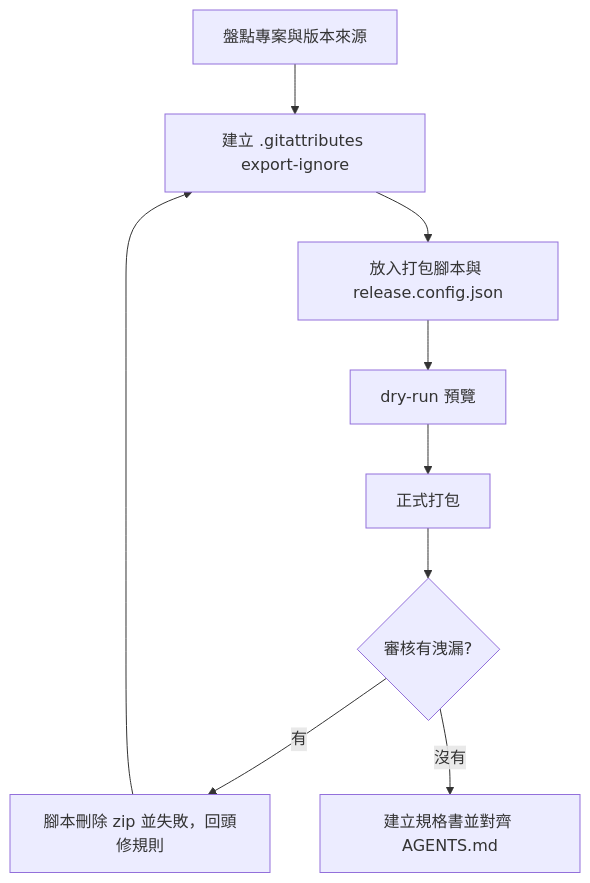
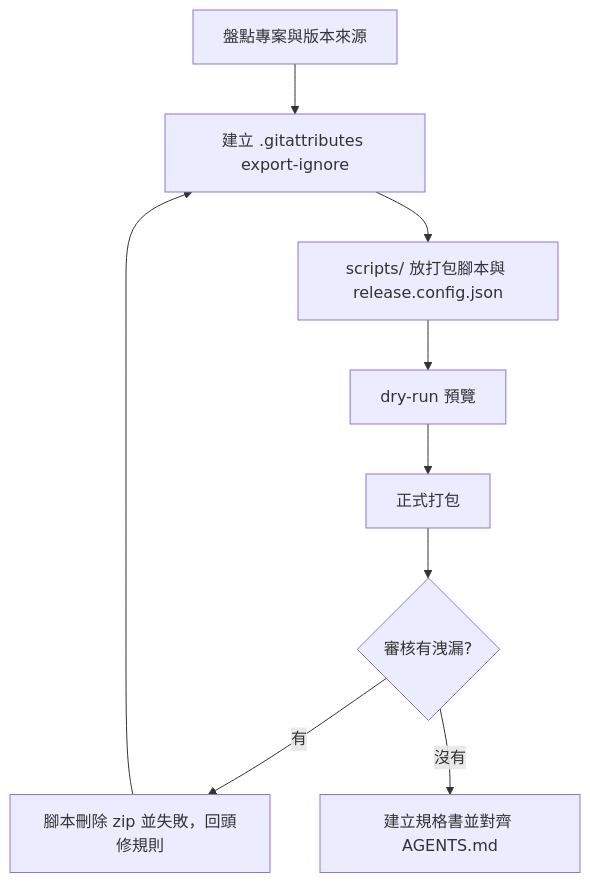
The diagram in my-plugins/my-workflow/skills/my-release-packaging/SKILL.md (VECTOR-COOL/my-agent-toolkit), drawn with Mermaid before and after one commit. The commit also changed other lines of this file and 21 other files, not shown here.

````diff
--- a/my-plugins/my-workflow/skills/my-release-packaging/SKILL.md
+++ b/my-plugins/my-workflow/skills/my-release-packaging/SKILL.md
@@ -10,11 +10,11 @@
 ```mermaid
 graph TD
   A[盤點專案與版本來源] --> B[建立 .gitattributes export-ignore]
-  B --> C[放入打包腳本與 release.config.json]
+  B --> C[scripts/ 放打包腳本與 release.config.json]
   C --> D[dry-run 預覽]
   D --> E[正式打包]
   E --> F{審核有洩漏?}
   F -->|有| G[腳本刪除 zip 並失敗，回頭修規則]
   G --> B
   F -->|沒有| H[建立規格書並對齊 AGENTS.md]
 ```
````
